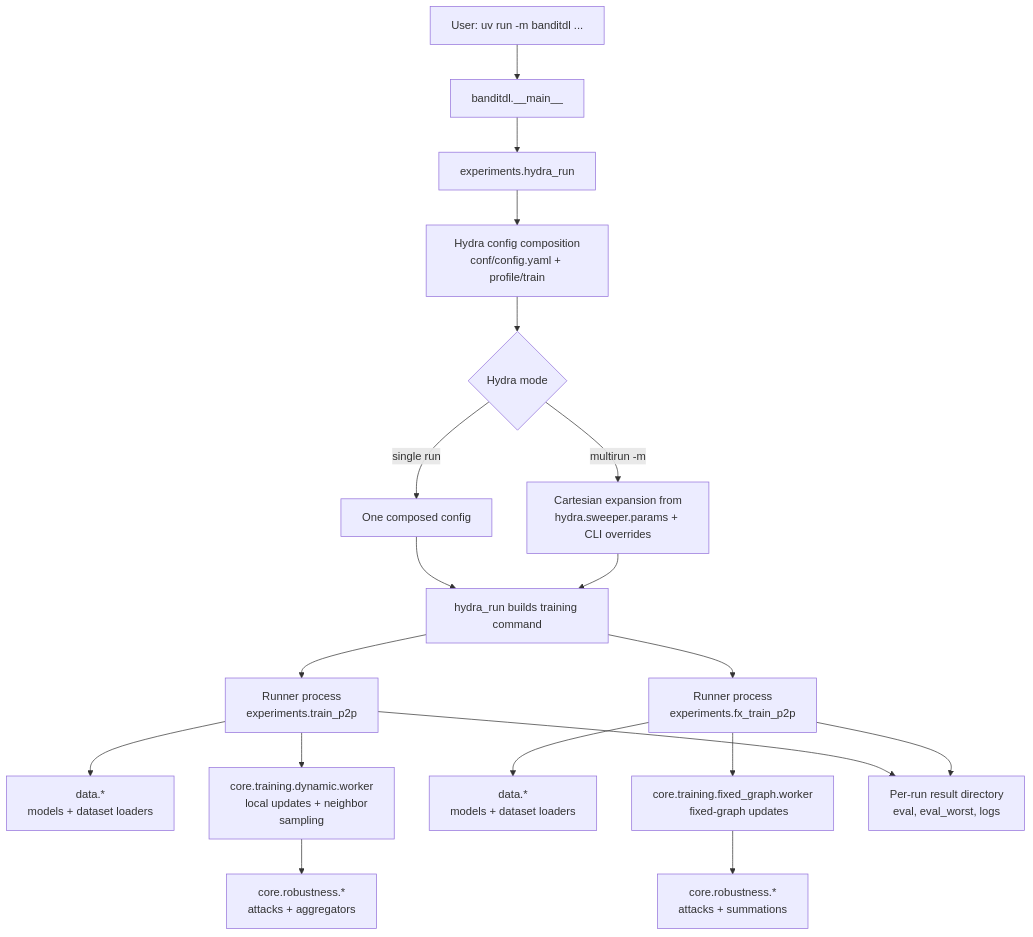
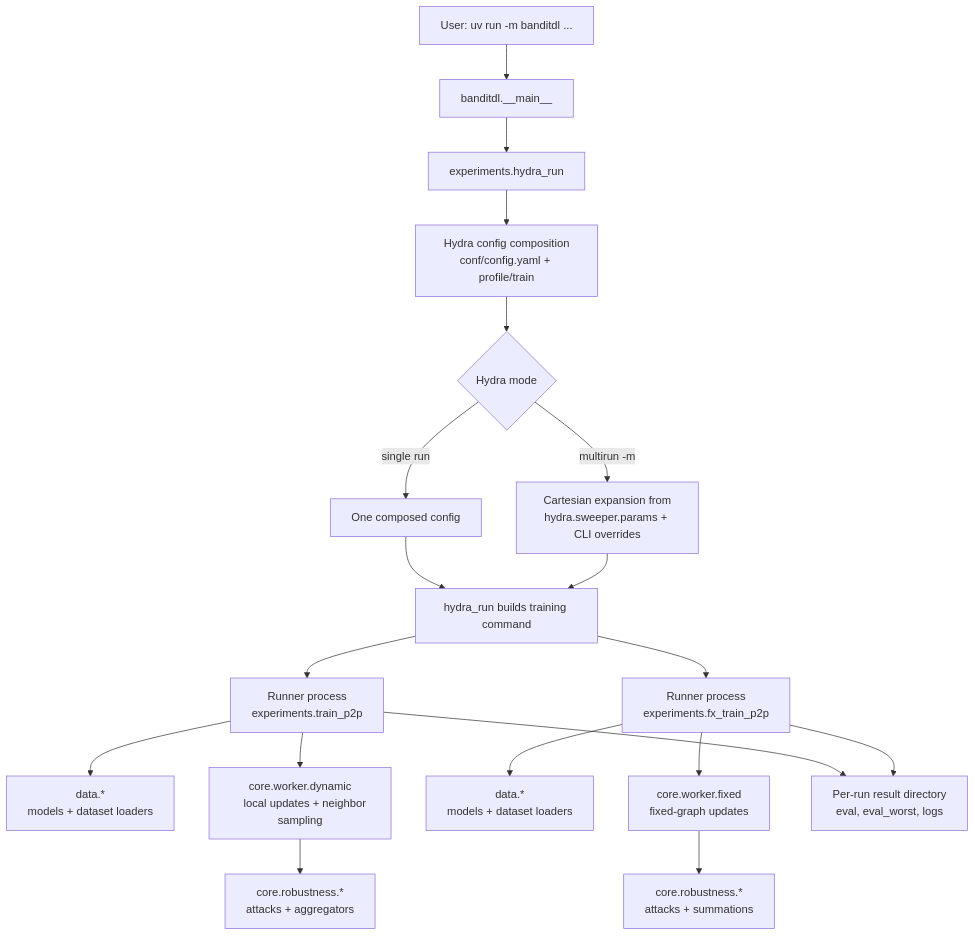
The first of 2 diagrams in README.md (ale18V/BanditFL), drawn with Mermaid before and after one commit. The commit also changed other lines of this file and 12 other files, not shown here.

Commit message:
refactor: rename training module to worker and split worker roles

````diff
--- a/README.md
+++ b/README.md
@@ -122,38 +122,38 @@
 ```mermaid
 flowchart TD
     A[User: uv run -m banditdl ...] --> B[banditdl.__main__]
     B --> C[experiments.hydra_run]
     C --> D[Hydra config composition
 conf/config.yaml + profile/train]
 
     D --> E{Hydra mode}
     E -->|single run| F[One composed config]
     E -->|multirun -m| G[Cartesian expansion from
 hydra.sweeper.params + CLI overrides]
 
     F --> H[hydra_run builds training command]
     G --> H
 
     H --> I1[Runner process
 experiments.train_p2p]
     H --> I2[Runner process
     experiments.fx_train_p2p]
 
     I1 --> J1[data.*
     models + dataset loaders]
-    I1 --> K1[core.training.dynamic.worker
+    I1 --> K1[core.worker.dynamic
     local updates + neighbor sampling]
     K1 --> L1[core.robustness.*
     attacks + aggregators]
 
     I2 --> J2[data.*
     models + dataset loaders]
-    I2 --> K2[core.training.fixed_graph.worker
+    I2 --> K2[core.worker.fixed
     fixed-graph updates]
     K2 --> L2[core.robustness.*
     attacks + summations]
 
     I1 --> M[Per-run result directory
     eval, eval_worst, logs]
     I2 --> M
 ```
````
